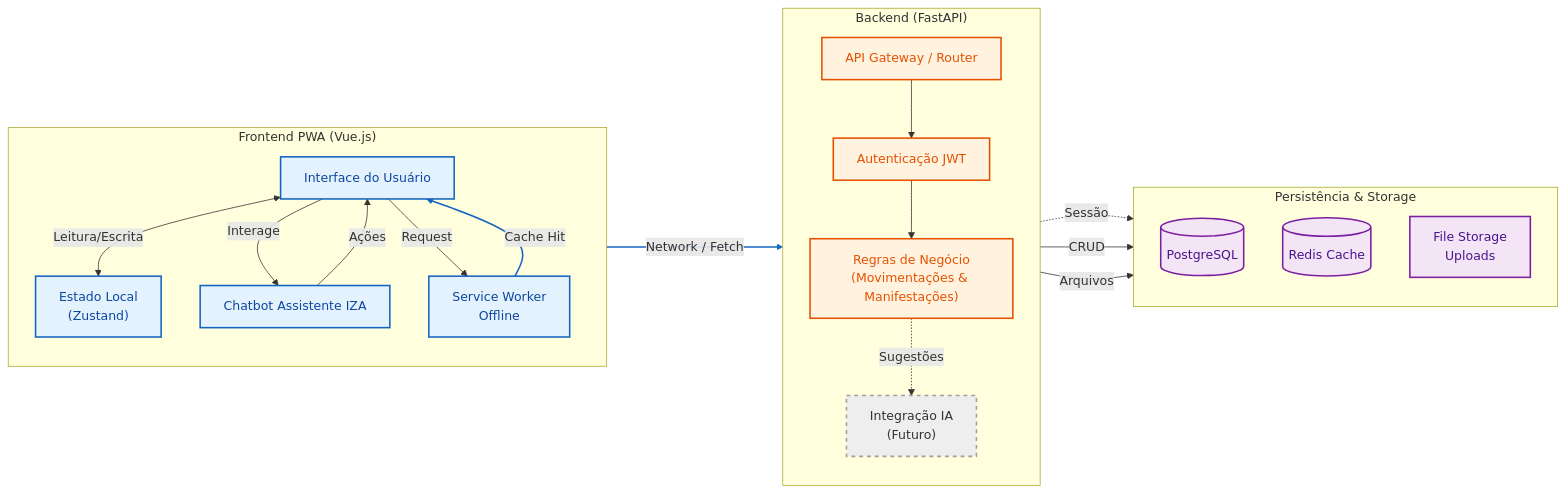
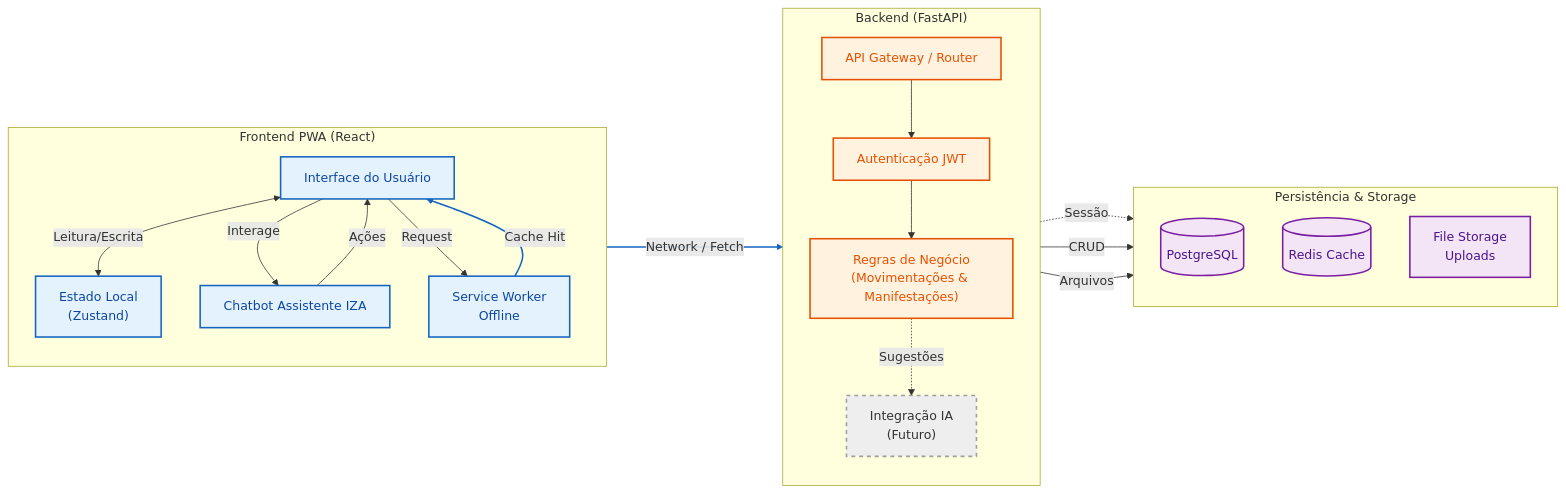
The first of 5 diagrams in Readme.md (Rafa516/Desafio-Participa-DF-OUV), drawn with Mermaid before and after one commit. The commit also changed other lines of this file and 1006 other files, not shown here.

````diff
--- a/Readme.md
+++ b/Readme.md
@@ -42,51 +42,51 @@
 ```mermaid
    flowchart LR
     %% Definição de Estilos
     classDef frontend fill:#e3f2fd,stroke:#1565c0,stroke-width:2px,color:#0d47a1
     classDef backend fill:#fff3e0,stroke:#e65100,stroke-width:2px,color:#e65100
     classDef data fill:#f3e5f5,stroke:#7b1fa2,stroke-width:2px,color:#4a148c
     classDef external fill:#eeeeee,stroke:#9e9e9e,stroke-width:2px,stroke-dasharray: 5 5
 
-    subgraph Client ["Frontend PWA (Vue.js)"]
+    subgraph Client ["Frontend PWA (React)"]
         direction TB
         UI["Interface do Usuário"]:::frontend
         Chat["Chatbot Assistente IZA"]:::frontend
         Store["Estado Local<br/>(Zustand)"]:::frontend
         SW["Service Worker<br/>Offline"]:::frontend
     end
 
     subgraph Server ["Backend (FastAPI)"]
         direction TB
         API["API Gateway / Router"]:::backend
         Auth["Autenticação JWT"]:::backend
         Logic["Regras de Negócio<br/>(Movimentações & Manifestações)"]:::backend
         IA["Integração IA<br/>(Futuro)"]:::external
     end
 
     subgraph Data ["Persistência & Storage"]
         direction TB
         DB[("PostgreSQL")]:::data
         Redis[("Redis Cache")]:::data
         Storage["File Storage<br/>Uploads"]:::data
     end
 
     %% Conexões
     UI <-->|Leitura/Escrita| Store
     UI -->|Interage| Chat
     Chat -->|Ações| UI
     UI -->|Request| SW
 
     SW -->|Cache Hit| UI
     SW ===>|Network / Fetch| API
 
     API --> Auth
     Auth --> Logic
     Logic -.->|Sugestões| IA
 
     Auth -.->|Sessão| Redis
     Logic -->|CRUD| DB
     Logic -->|Arquivos| Storage
 
     %% Link de Estilos
     linkStyle 4,5 stroke:#1565c0,stroke-width:2px
 ```
````
